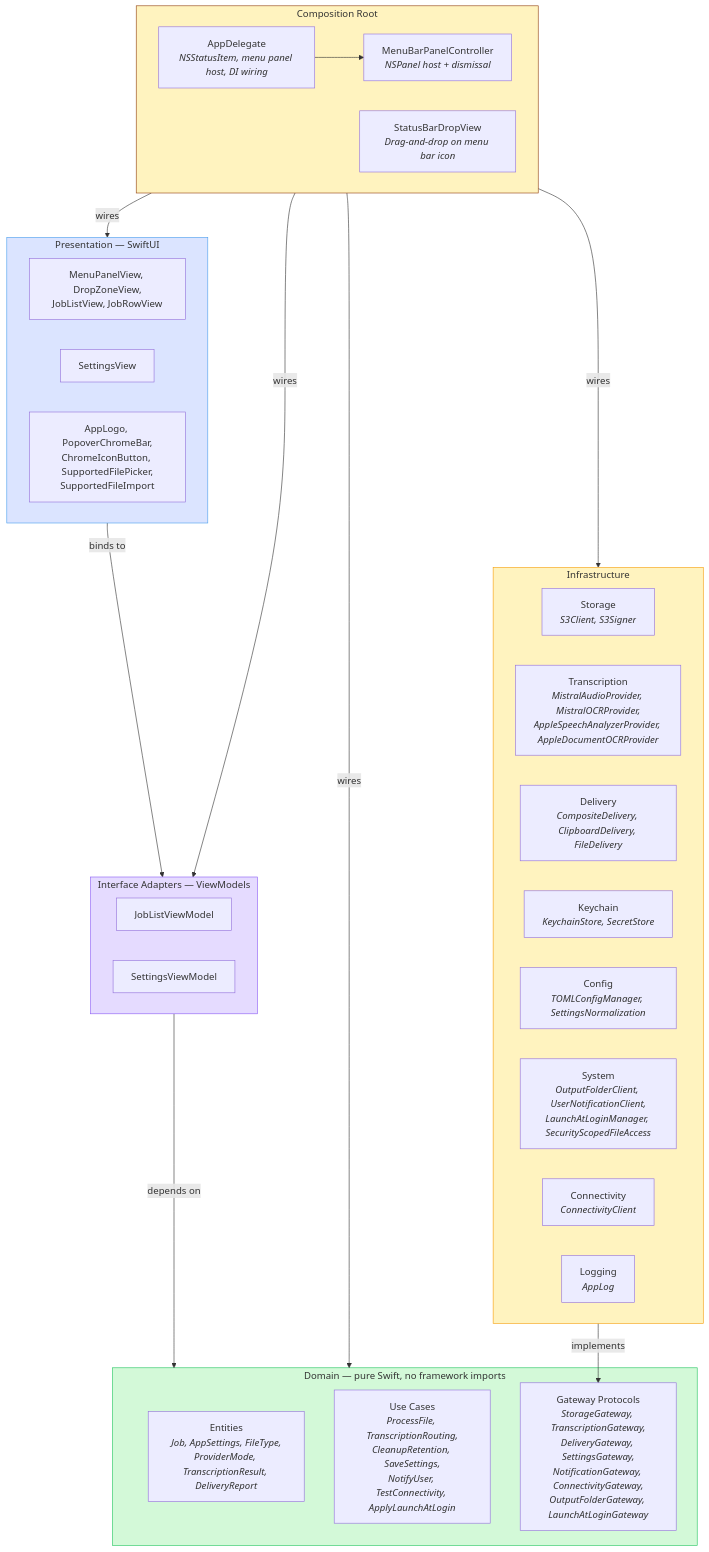
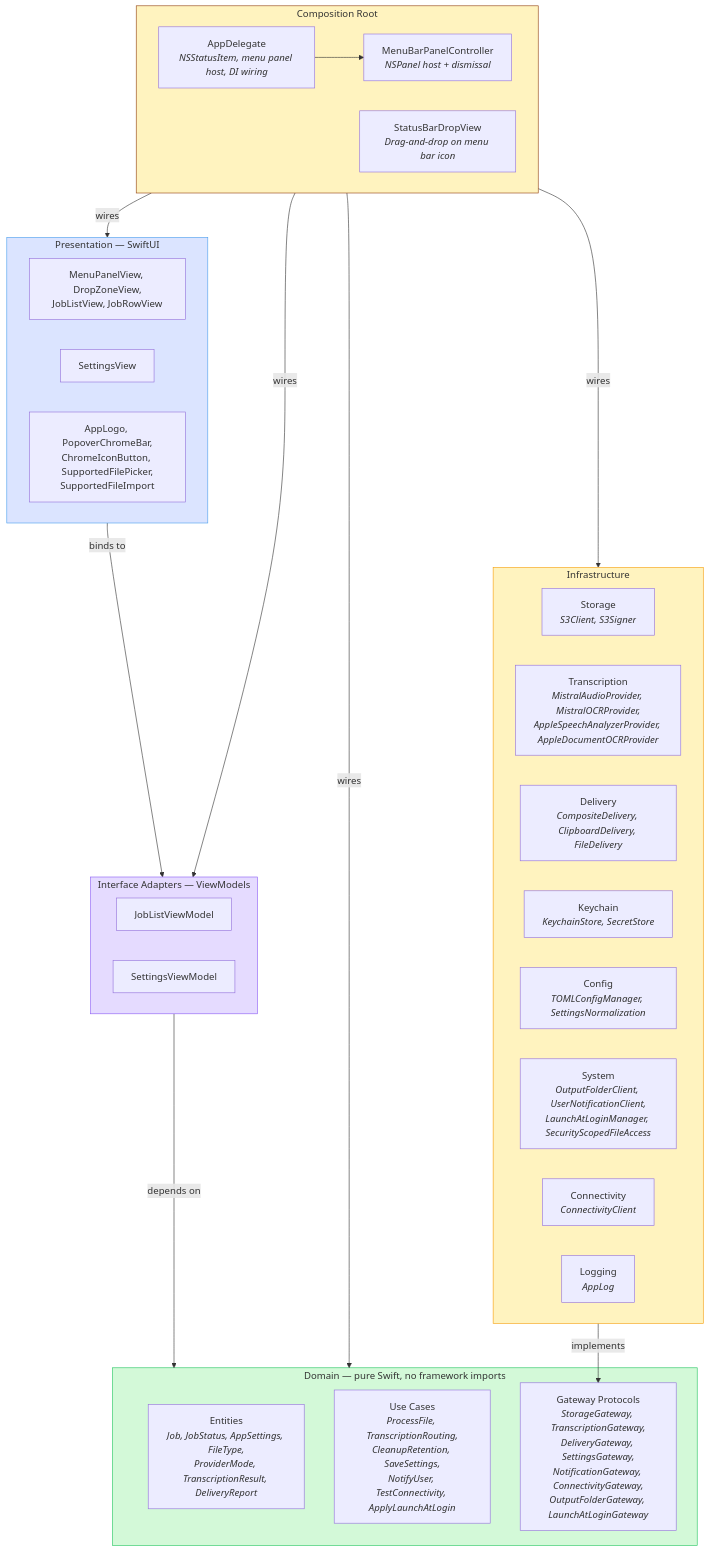
The first of 2 diagrams in docs/ARCHITECTURE.md (jwa91/trnscrb), drawn with Mermaid before and after one commit. The commit also changed other lines of this file and 36 other files, not shown here.

````diff
--- a/docs/ARCHITECTURE.md
+++ b/docs/ARCHITECTURE.md
@@ -9,51 +9,51 @@
 ```mermaid
 graph TB
     subgraph Domain["Domain — pure Swift, no framework imports"]
-        Entities["Entities<br/><i>Job, AppSettings, FileType,<br/>ProviderMode, TranscriptionResult, DeliveryReport</i>"]
+        Entities["Entities<br/><i>Job, JobStatus, AppSettings, FileType,<br/>ProviderMode, TranscriptionResult, DeliveryReport</i>"]
         UseCases["Use Cases<br/><i>ProcessFile, TranscriptionRouting,<br/>CleanupRetention, SaveSettings,<br/>NotifyUser, TestConnectivity, ApplyLaunchAtLogin</i>"]
         Gateways["Gateway Protocols<br/><i>StorageGateway, TranscriptionGateway,<br/>DeliveryGateway, SettingsGateway,<br/>NotificationGateway, ConnectivityGateway,<br/>OutputFolderGateway, LaunchAtLoginGateway</i>"]
     end
 
     subgraph Adapters["Interface Adapters — ViewModels"]
         JobListVM["JobListViewModel"]
         SettingsVM["SettingsViewModel"]
     end
 
     subgraph Presentation["Presentation — SwiftUI"]
         Panel["MenuPanelView, DropZoneView,<br/>JobListView, JobRowView"]
         Settings["SettingsView"]
         Common["AppLogo, PopoverChromeBar,<br/>ChromeIconButton, SupportedFilePicker,<br/>SupportedFileImport"]
     end
 
     subgraph Infrastructure["Infrastructure"]
         Storage["Storage<br/><i>S3Client, S3Signer</i>"]
         Transcription["Transcription<br/><i>MistralAudioProvider, MistralOCRProvider,<br/>AppleSpeechAnalyzerProvider, AppleDocumentOCRProvider</i>"]
         Delivery["Delivery<br/><i>CompositeDelivery, ClipboardDelivery, FileDelivery</i>"]
         KeychainInfra["Keychain<br/><i>KeychainStore, SecretStore</i>"]
         Config["Config<br/><i>TOMLConfigManager, SettingsNormalization</i>"]
         System["System<br/><i>OutputFolderClient, UserNotificationClient,<br/>LaunchAtLoginManager, SecurityScopedFileAccess</i>"]
         Connectivity["Connectivity<br/><i>ConnectivityClient</i>"]
         Logging["Logging<br/><i>AppLog</i>"]
     end
 
     subgraph App["Composition Root"]
         AppDelegate["AppDelegate<br/><i>NSStatusItem, menu panel host, DI wiring</i>"]
         PanelHost["MenuBarPanelController<br/><i>NSPanel host + dismissal</i>"]
         StatusBar["StatusBarDropView<br/><i>Drag-and-drop on menu bar icon</i>"]
     end
 
     Adapters -->|depends on| Domain
     Presentation -->|binds to| Adapters
     Infrastructure -->|implements| Gateways
     App -->|wires| Domain
     App -->|wires| Adapters
     App -->|wires| Infrastructure
     App -->|wires| Presentation
     AppDelegate --> PanelHost
 
     style Domain fill:#d3f9d8,stroke:#22c55e
     style Adapters fill:#e5dbff,stroke:#8b5cf6
     style Presentation fill:#dbe4ff,stroke:#4a9eed
     style Infrastructure fill:#fff3bf,stroke:#f59e0b
     style App fill:#fff3bf,stroke:#92400e
 ```
````
